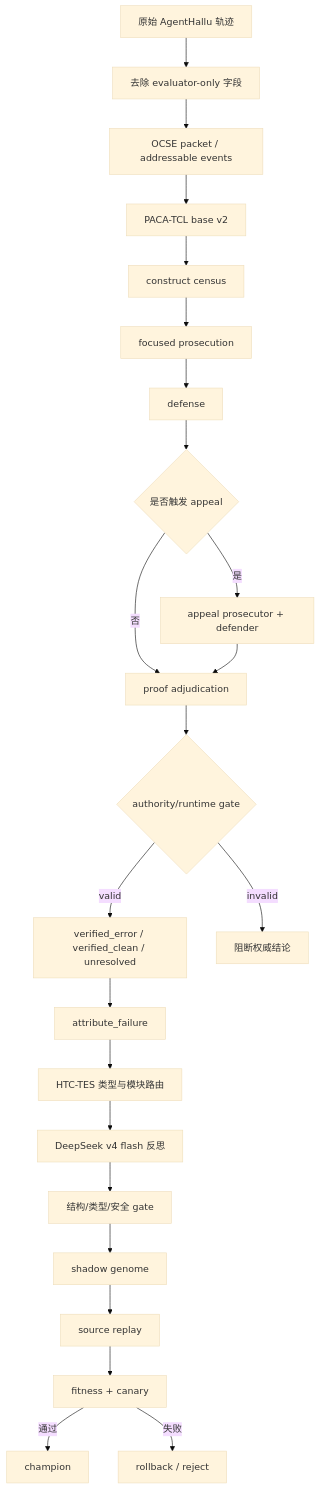
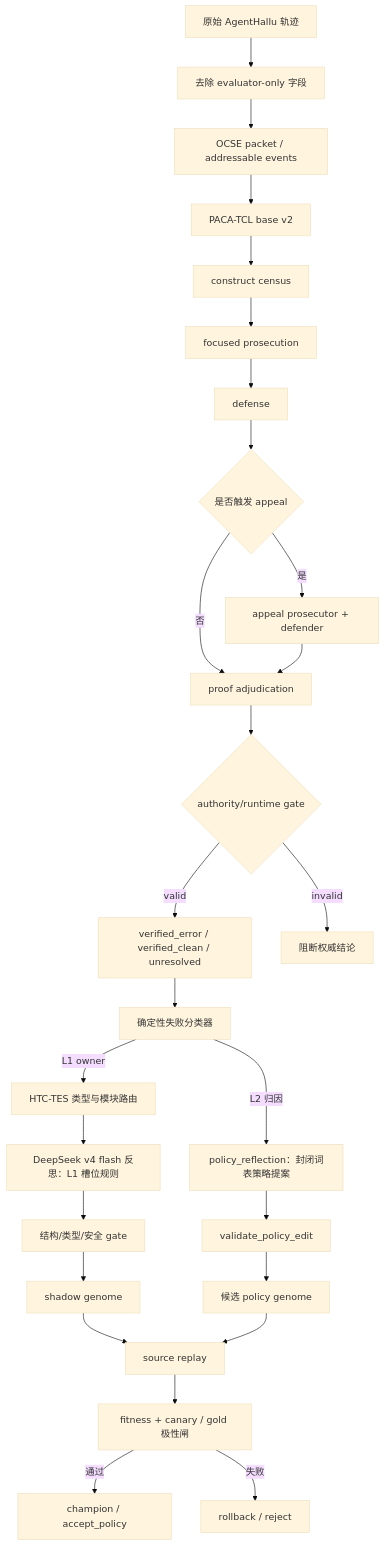
One commit to liuxinglin70-cmyk/Agent-Hallucination changed the diagram in docs/technical/DETECTION_EVOLUTION_FLOW.md. Above: the diagram before and after it, drawn with Mermaid (base theme). The commit also changed other lines of this file and 3 other files, not shown here.

Commit message:
docs: technical design/flow/guide rewritten for v6; remove superseded phase plans; handoff refreshed

````diff
--- a/docs/technical/DETECTION_EVOLUTION_FLOW.md
+++ b/docs/technical/DETECTION_EVOLUTION_FLOW.md
@@ -7,25 +7,29 @@
 ```mermaid
 flowchart TD
     A[原始 AgentHallu 轨迹] --> B[去除 evaluator-only 字段]
     B --> C[OCSE packet / addressable events]
     C --> D[PACA-TCL base v2]
     D --> E[construct census]
     E --> F[focused prosecution]
     F --> G[defense]
     G --> H{是否触发 appeal}
     H -- 否 --> I[proof adjudication]
     H -- 是 --> J[appeal prosecutor + defender]
     J --> I
     I --> K{authority/runtime gate}
     K -- valid --> L[verified_error / verified_clean / unresolved]
     K -- invalid --> M[阻断权威结论]
-    L --> N[attribute_failure]
-    N --> O[HTC-TES 类型与模块路由]
-    O --> P[DeepSeek v4 flash 反思]
+    L --> N[确定性失败分类器]
+    N -- L1 owner --> O[HTC-TES 类型与模块路由]
+    O --> P[DeepSeek v4 flash 反思：L1 槽位规则]
     P --> Q[结构/类型/安全 gate]
     Q --> R[shadow genome]
+    N -- L2 归因 --> P2[policy_reflection：封闭词表策略提案]
+    P2 --> Q2[validate_policy_edit]
+    Q2 --> R2[候选 policy genome]
     R --> S[source replay]
-    S --> T[fitness + canary]
-    T -- 通过 --> U[champion]
+    R2 --> S
+    S --> T[fitness + canary / gold 极性闸]
+    T -- 通过 --> U[champion / accept_policy]
     T -- 失败 --> V[rollback / reject]
 ```
````
